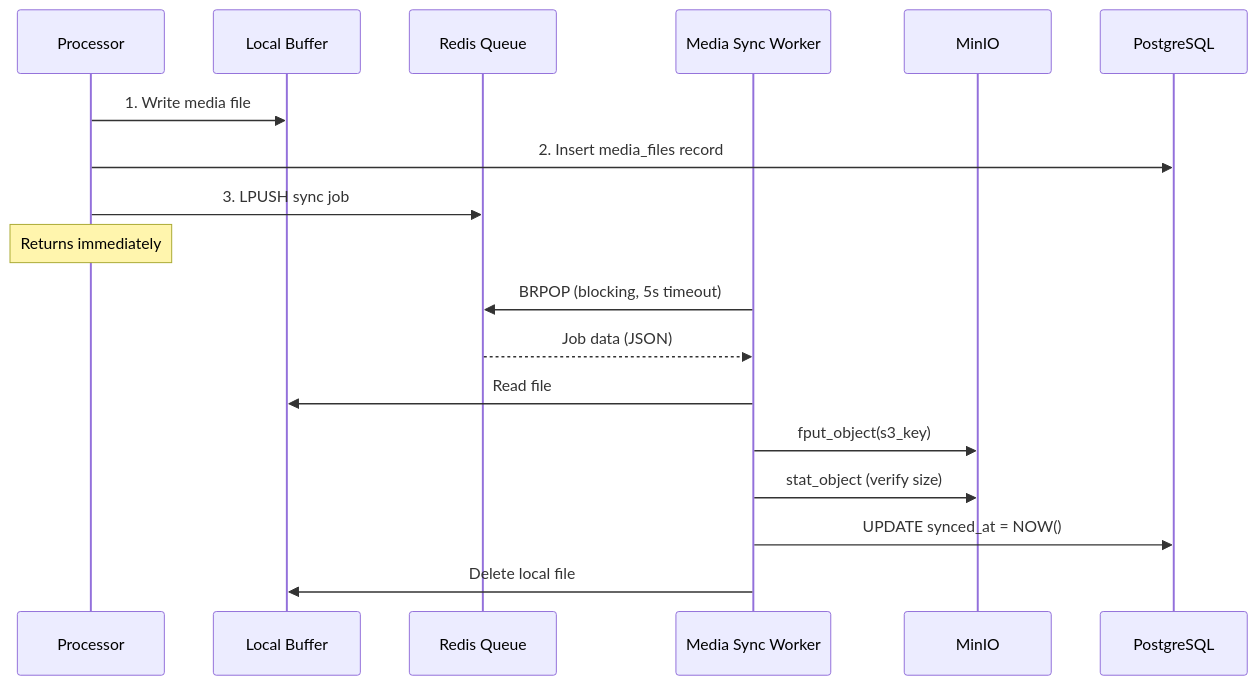
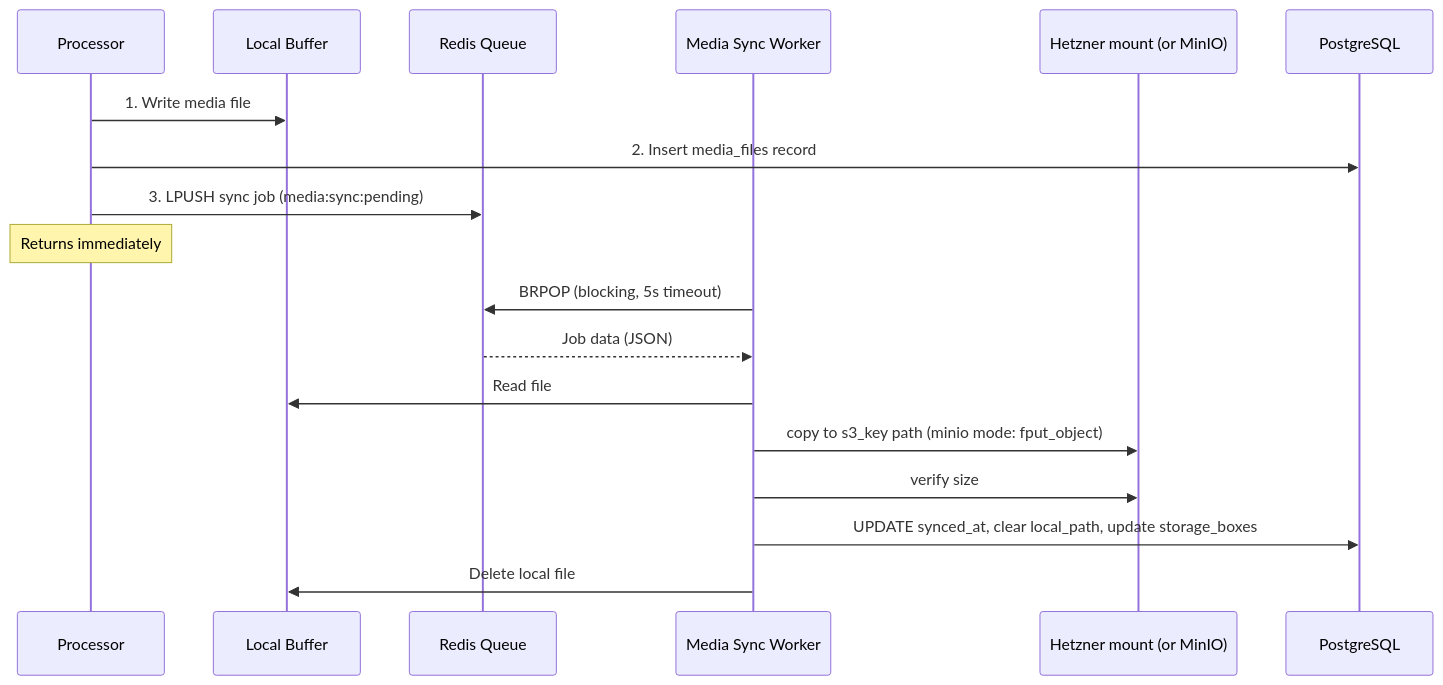
Before and after one commit to osintukraine/osint-platform-docs: the second of 2 diagrams in docs/developer-guide/services/media-sync.md, drawn with Mermaid. The commit also changed other lines of this file and 74 other files, not shown here.

````diff
--- a/docs/developer-guide/services/media-sync.md
+++ b/docs/developer-guide/services/media-sync.md
@@ -75,22 +76,22 @@
 ```mermaid
 sequenceDiagram
     participant PROC as Processor
     participant BUFFER as Local Buffer
     participant REDIS as Redis Queue
     participant WORKER as Media Sync Worker
-    participant MINIO as MinIO
+    participant DEST as Hetzner mount (or MinIO)
     participant DB as PostgreSQL
 
     PROC->>BUFFER: 1. Write media file
     PROC->>DB: 2. Insert media_files record
-    PROC->>REDIS: 3. LPUSH sync job
+    PROC->>REDIS: 3. LPUSH sync job (media:sync:pending)
     Note over PROC: Returns immediately
 
     WORKER->>REDIS: BRPOP (blocking, 5s timeout)
     REDIS-->>WORKER: Job data (JSON)
     WORKER->>BUFFER: Read file
-    WORKER->>MINIO: fput_object(s3_key)
-    WORKER->>MINIO: stat_object (verify size)
-    WORKER->>DB: UPDATE synced_at = NOW()
+    WORKER->>DEST: copy to s3_key path (minio mode: fput_object)
+    WORKER->>DEST: verify size
+    WORKER->>DB: UPDATE synced_at, clear local_path, update storage_boxes
     WORKER->>BUFFER: Delete local file
 ```
````
